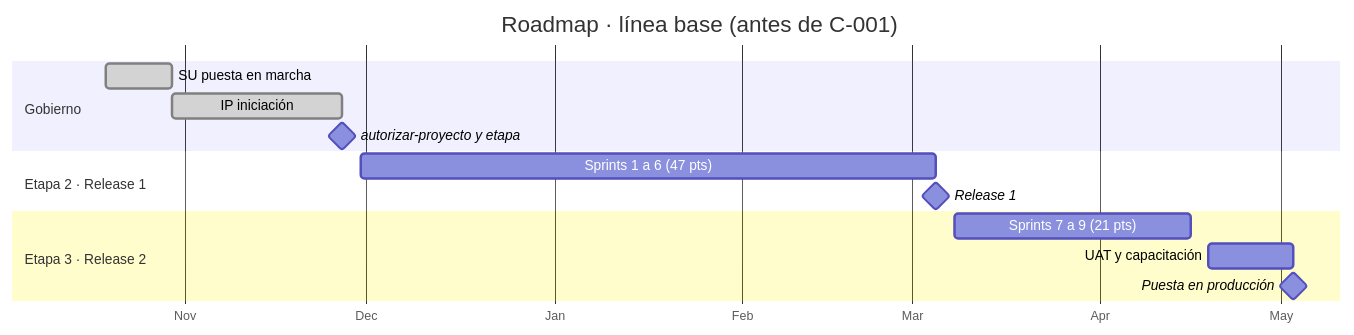
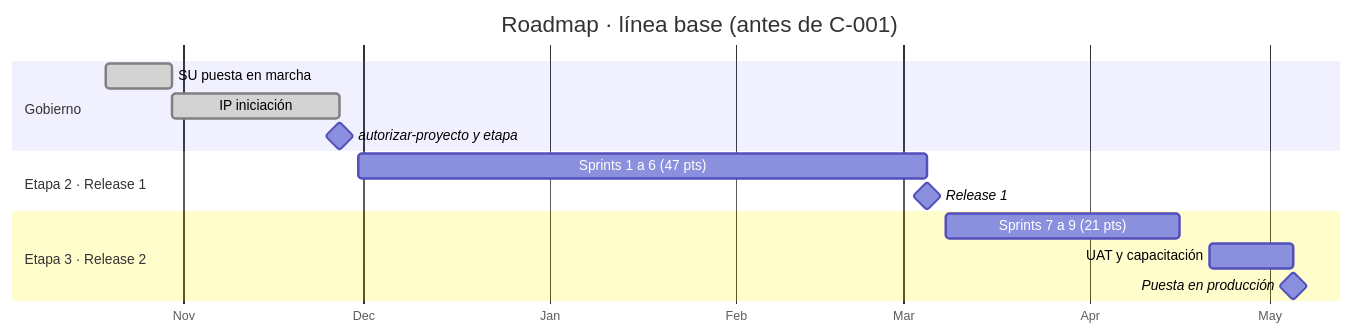
The third of 6 diagrams in docs/guias/E2E-2-alcance-roadmap.md (Arturo-Penas-Rial/pm-method), drawn with Mermaid before and after one commit. The commit also changed other lines of this file and 284 other files, not shown here.

````diff
--- a/docs/guias/E2E-2-alcance-roadmap.md
+++ b/docs/guias/E2E-2-alcance-roadmap.md
@@ -711,18 +820,18 @@
 ```mermaid
 gantt
     title Roadmap · línea base (antes de C-001)
     dateFormat YYYY-MM-DD
     axisFormat %b
     todayMarker off
     section Gobierno
     SU puesta en marcha        :done, su, 2026-10-19, 2026-10-30
     IP iniciación              :done, ip, 2026-10-30, 2026-11-27
     autorizar-proyecto y etapa :milestone, m1, 2026-11-27, 0d
     section Etapa 2 · Release 1
     Sprints 1 a 6 (47 pts)     :r1, 2026-11-30, 2027-03-05
     Release 1                  :milestone, m2, 2027-03-05, 0d
     section Etapa 3 · Release 2
     Sprints 7 a 9 (21 pts)     :r2, 2027-03-08, 2027-04-16
-    UAT y capacitación         :u, 2027-04-19, 2027-05-03
-    Puesta en producción       :milestone, m3, 2027-05-03, 0d
+    UAT y capacitación         :u, 2027-04-21, 2027-05-05
+    Puesta en producción       :milestone, m3, 2027-05-05, 0d
 ```
````
